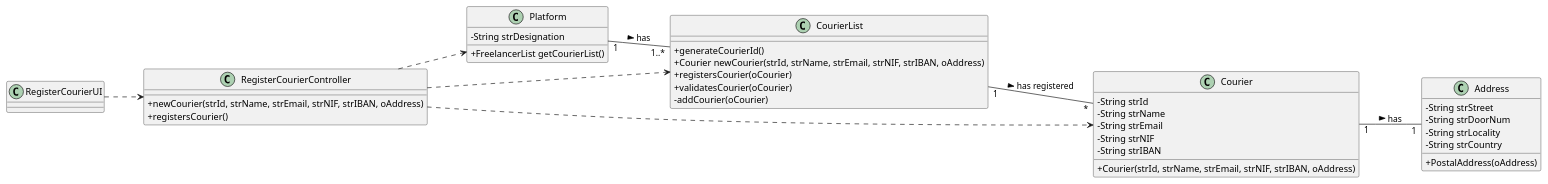
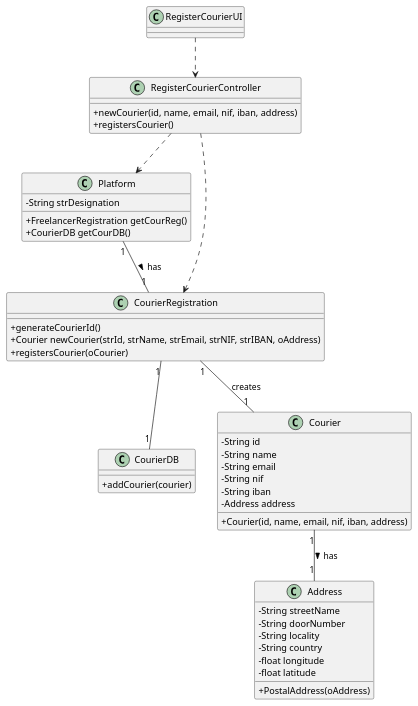
The diagram in docs/Iteration 1/Courier Management/US19_RegisterCourier/US19_CD.puml (tiagoavcosta25/LAPR3), drawn with PlantUML before and after one commit. The commit also changed 3 other files, not shown here.

```diff
--- a/docs/Iteration 1/Courier Management/US19_RegisterCourier/US19_CD.puml
+++ b/docs/Iteration 1/Courier Management/US19_RegisterCourier/US19_CD.puml
@@ -1,67 +1,70 @@
 @startuml
 skinparam classAttributeIconSize 0
 
-left to right direction
 
 class RegisterCourierUI {
     
 }
 
 class RegisterCourierController {
     
-  +newCourier(strId, strName, strEmail, strNIF, strIBAN, oAddress)
+  +newCourier(id, name, email, nif, iban, address)
   +registersCourier()
 }
 
 class Platform {
   -String strDesignation
-  
-  +FreelancerList getCourierList()
+  +FreelancerRegistration getCourReg()
+  +CourierDB getCourDB()
 }
 
-class CourierList {
+class CourierRegistration {
 
   +generateCourierId()
   +Courier newCourier(strId, strName, strEmail, strNIF, strIBAN, oAddress)
   +registersCourier(oCourier)
-  +validatesCourier(oCourier)
-  -addCourier(oCourier)
 
-  
+}
+
+class CourierDB {
+  +addCourier(courier)
 }
 
 
 class Courier {
-    -String strId
-          -String strName
-          -String strEmail
-          -String strNIF
-          -String strIBAN
+    -String id
+    -String name
+    -String email
+    -String nif
+    -String iban
+    -Address address
 
-   +Courier(strId, strName, strEmail, strNIF, strIBAN, oAddress)
+   +Courier(id, name, email, nif, iban, address)
 
 }
 
 class Address{
- -String strStreet
-   -String strDoorNum
-   -String strLocality
-   -String strCountry
+ -String streetName
+   -String doorNumber
+   -String locality
+   -String country
+   -float longitude
+   -float latitude
 
   +PostalAddress(oAddress)
 
 }
 
-Platform "1" -- "1..*" CourierList: has >
+Platform "1" -- "1" CourierRegistration: has >
 
+CourierRegistration "1" -- "1" CourierDB
+CourierRegistration "1" -- "1" Courier : creates
 
 RegisterCourierUI ..> RegisterCourierController
 
 RegisterCourierController ..> Platform
-RegisterCourierController ..> CourierList
-RegisterCourierController ..> Courier
+RegisterCourierController ..> CourierRegistration
 
-CourierList "1" -- "*" Courier : has registered >
 Courier "1" -- "1" Address: has  >
 
 @enduml
```
